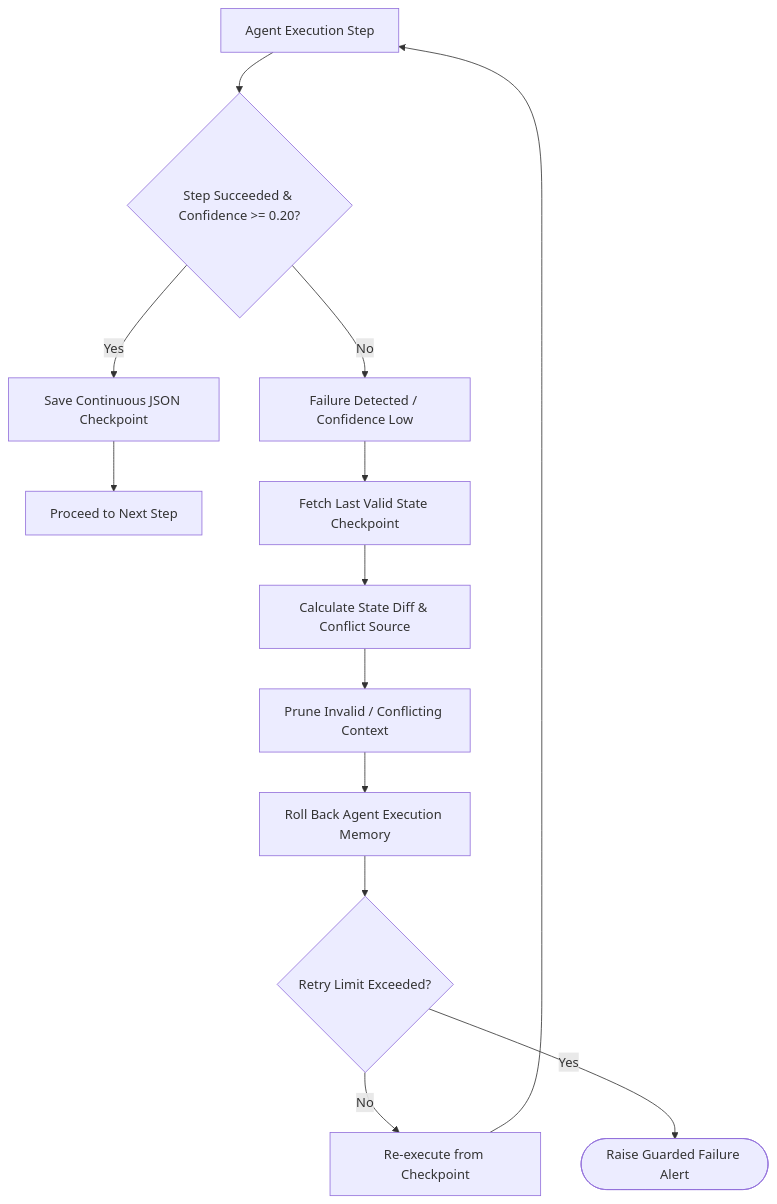
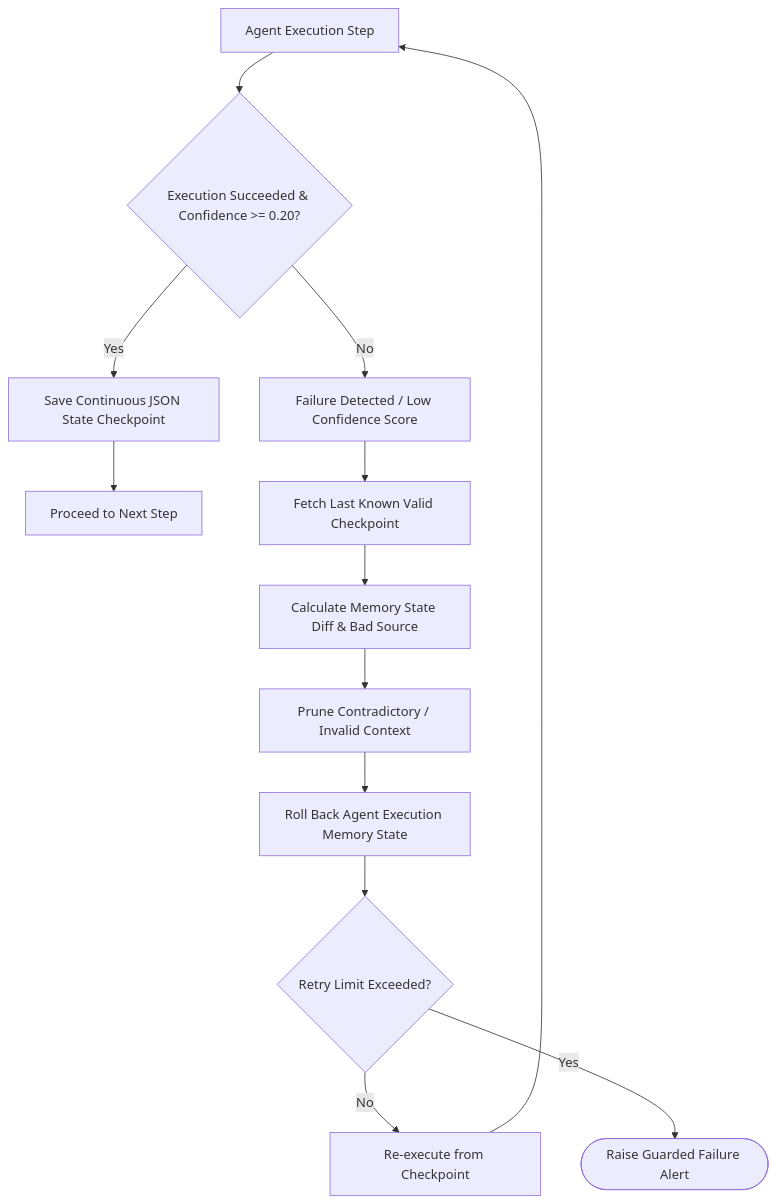
The fourth of 6 diagrams in README.md (Vishallakshmikanthan/agent-runtime-core), drawn with Mermaid before and after one commit. The commit also changed other lines of this file, not shown here.

````diff
--- a/README.md
+++ b/README.md
@@ -302,13 +290,13 @@
 ```mermaid
 flowchart TD
-    StepRun[Agent Execution Step] --> StepCheck{Step Succeeded & Confidence >= 0.20?}
-    StepCheck -- Yes --> Checkpoint[Save Continuous JSON Checkpoint] --> NextStep[Proceed to Next Step]
-    StepCheck -- No --> FailTrigger[Failure Detected / Confidence Low]
-    FailTrigger --> FetchCP[Fetch Last Valid State Checkpoint]
-    FetchCP --> ComputeDiff[Calculate State Diff & Conflict Source]
-    ComputeDiff --> Prune[Prune Invalid / Conflicting Context]
-    Prune --> Rollback[Roll Back Agent Execution Memory]
+    StepRun[Agent Execution Step] --> StepCheck{Execution Succeeded & Confidence >= 0.20?}
+    StepCheck -- Yes --> Checkpoint[Save Continuous JSON State Checkpoint] --> NextStep[Proceed to Next Step]
+    StepCheck -- No --> FailTrigger[Failure Detected / Low Confidence Score]
+    FailTrigger --> FetchCP[Fetch Last Known Valid Checkpoint]
+    FetchCP --> ComputeDiff[Calculate Memory State Diff & Bad Source]
+    ComputeDiff --> Prune[Prune Contradictory / Invalid Context]
+    Prune --> Rollback[Roll Back Agent Execution Memory State]
     Rollback --> GuardCheck{Retry Limit Exceeded?}
     GuardCheck -- No --> RetryExecution[Re-execute from Checkpoint] --> StepRun
     GuardCheck -- Yes --> Terminate([Raise Guarded Failure Alert])
 ```
````
